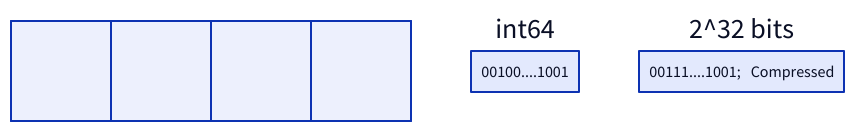
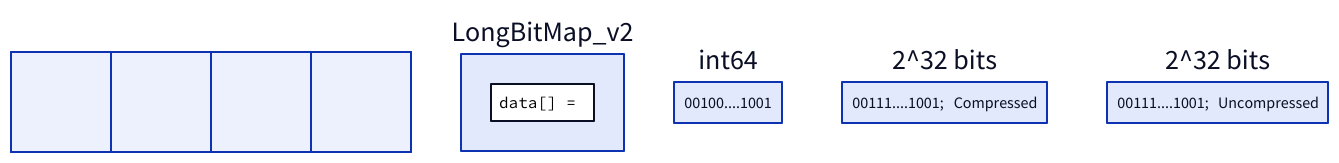
One commit to rahulchaki/d2_diag changed the diagram in index.d2. Above: the diagram before and after it, drawn with D2. The commit also changed 7 other files, not shown here.

```diff
--- a/index.d2
+++ b/index.d2
@@ -1,38 +1,61 @@
 classes: {
   empty_shell: {
     vertical-gap: 0
     style.fill: transparent
     style.stroke-width: 0
+  }
+  invisible: {
+    style.opacity: 0
+    label: a
   }
 }
 
 LogHorizontal: "" {
   grid-rows: 1
   grid-columns: 4
   horizontal-gap: 0
   vertical-gap: 0
   a: ""
   b: ""
   c: ""
   d: ""
 }
 
-LongBitMap: "int64" {
+LongBitMap_v2:  {
+  a:|`go
+  data[] = 
+  `|
+
+}
+
+LongBitMap:  {
+  label:"int64"
   grid-rows: 1
   grid-gap: 10
-  text: "00100....1001" {
+  bits: "00100....1001" {
     shape: text
   }
   label.near: outside-top-center
 }
-Chunck: "2^32 bits" {
+Chunck_Compressed: "2^32 bits" {
   grid-columns: 2
   grid-gap: 10
   bits: "00111....1001;" {
     shape: text
   }
   size: "Compressed" {
     shape: text
   }
   label.near: outside-top-center
 }
+Chunck_Raw: "2^32 bits" {
+  grid-columns: 2
+  grid-gap: 10
+  bits: "00111....1001;" {
+    shape: text
+  }
+  size: "Uncompressed" {
+    shape: text
+  }
+  label.near: outside-top-center
+}
```
